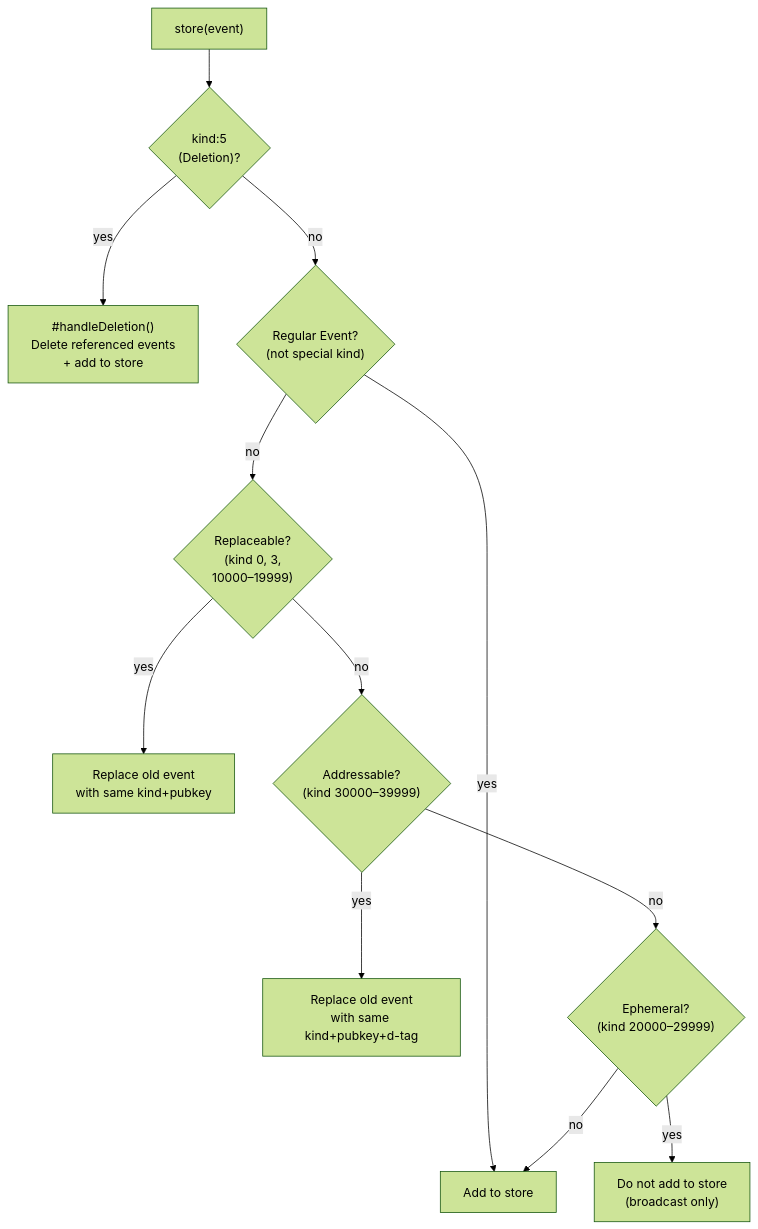
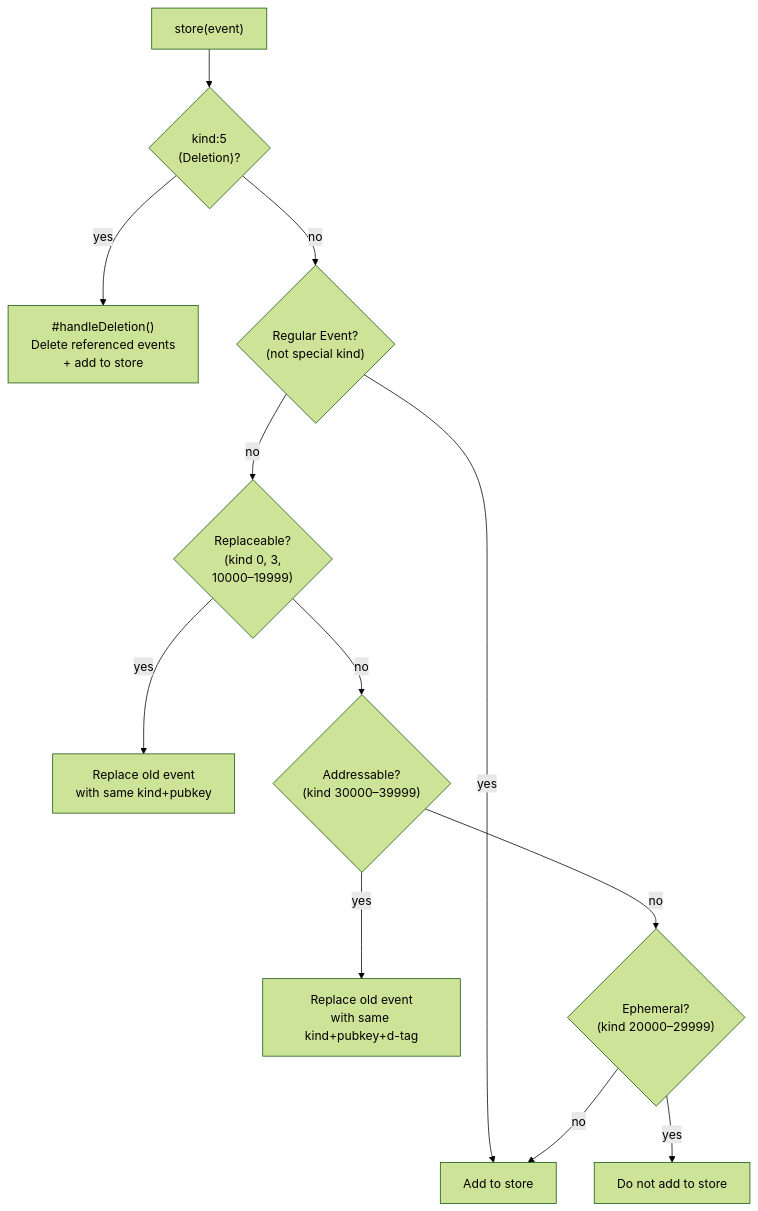
The eighth of 15 diagrams in docs/en/reference/architecture.md (ikuradon/tsunagiya), drawn with Mermaid (forest theme) before and after one commit. The commit also changed other lines of this file and 9 other files, not shown here.

````diff
--- a/docs/en/reference/architecture.md
+++ b/docs/en/reference/architecture.md
@@ -289,14 +294,14 @@
 ```mermaid
 flowchart TD
     STORE["store(event)"] --> K5{"kind:5\n(Deletion)?"}
     K5 -->|yes| DEL["#handleDeletion()\nDelete referenced events\n+ add to store"]
     K5 -->|no| REG{"Regular Event?\n(not special kind)"}
     REG -->|yes| ADD["Add to store"]
     REG -->|no| REPL{"Replaceable?\n(kind 0, 3,\n10000–19999)"}
     REPL -->|yes| REPLACE["Replace old event\nwith same kind+pubkey"]
     REPL -->|no| ADDR{"Addressable?\n(kind 30000–39999)"}
     ADDR -->|yes| ADDRREPLACE["Replace old event\nwith same kind+pubkey+d-tag"]
     ADDR -->|no| EPH{"Ephemeral?\n(kind 20000–29999)"}
-    EPH -->|yes| SKIP["Do not add to store\n(broadcast only)"]
+    EPH -->|yes| SKIP["Do not add to store"]
     EPH -->|no| ADD
 ```
````
